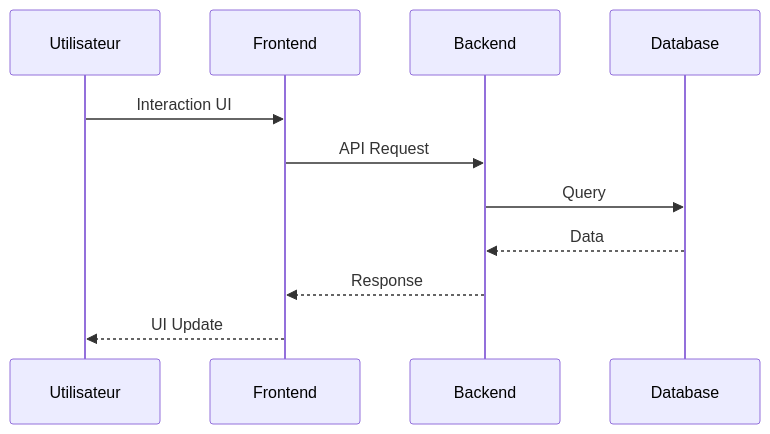
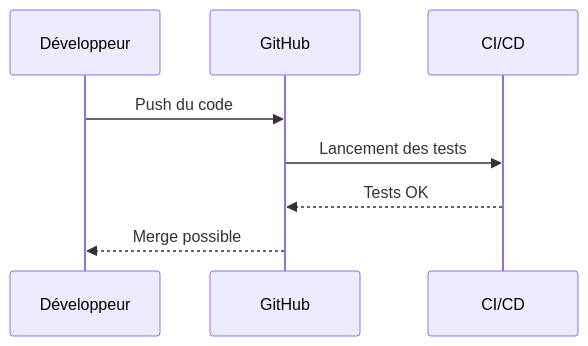
One commit to Meikaziku/Meikaziku changed the third of 4 diagrams in README.md. Above: the diagram before and after it, drawn with Mermaid. The commit also changed other lines of this file, not shown here.

````diff
--- a/README.md
+++ b/README.md
@@ -59,14 +61,10 @@
 ```mermaid
 sequenceDiagram
-    participant U as Utilisateur
-    participant F as Frontend
-    participant B as Backend
-    participant D as Database
-
-    U->>F: Interaction UI
-    F->>B: API Request
-    B->>D: Query
-    D-->>B: Data
-    B-->>F: Response
-    F-->>U: UI Update
+    participant Dev as Développeur
+    participant Git as GitHub
+    participant CI as CI/CD
+    Dev->>Git: Push du code
+    Git->>CI: Lancement des tests
+    CI-->>Git: Tests OK
+    Git-->>Dev: Merge possible
 ```
````
